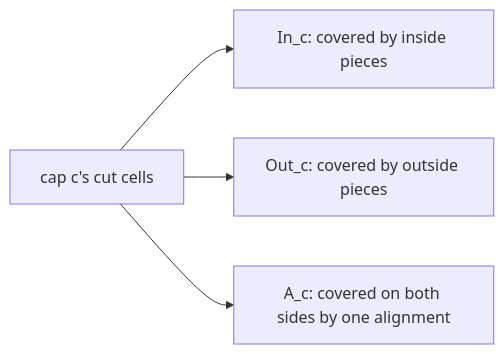
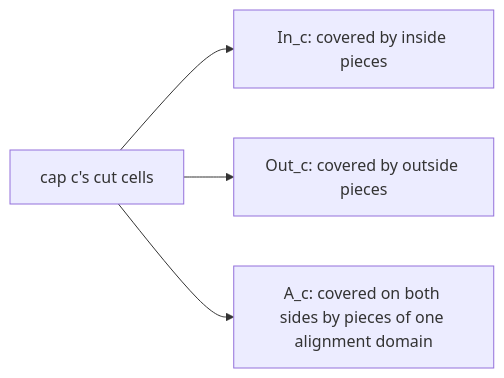
The diagram in docs/progress/1.0/glossary/diagrams/in-out-a.mmd (KonomiYuzu01/Magic-600-Cell), drawn with Mermaid before and after one commit. The commit also changed 40 other files, not shown here.

```diff
--- a/docs/progress/1.0/glossary/diagrams/in-out-a.mmd
+++ b/docs/progress/1.0/glossary/diagrams/in-out-a.mmd
@@ -1,4 +1,4 @@
 flowchart LR
   Cut[cap c's cut cells] --> I[In_c: covered by inside pieces]
   Cut --> O[Out_c: covered by outside pieces]
-  Cut --> A[A_c: covered on both sides by one alignment]
+  Cut --> A[A_c: covered on both sides by pieces of one alignment domain]
```
